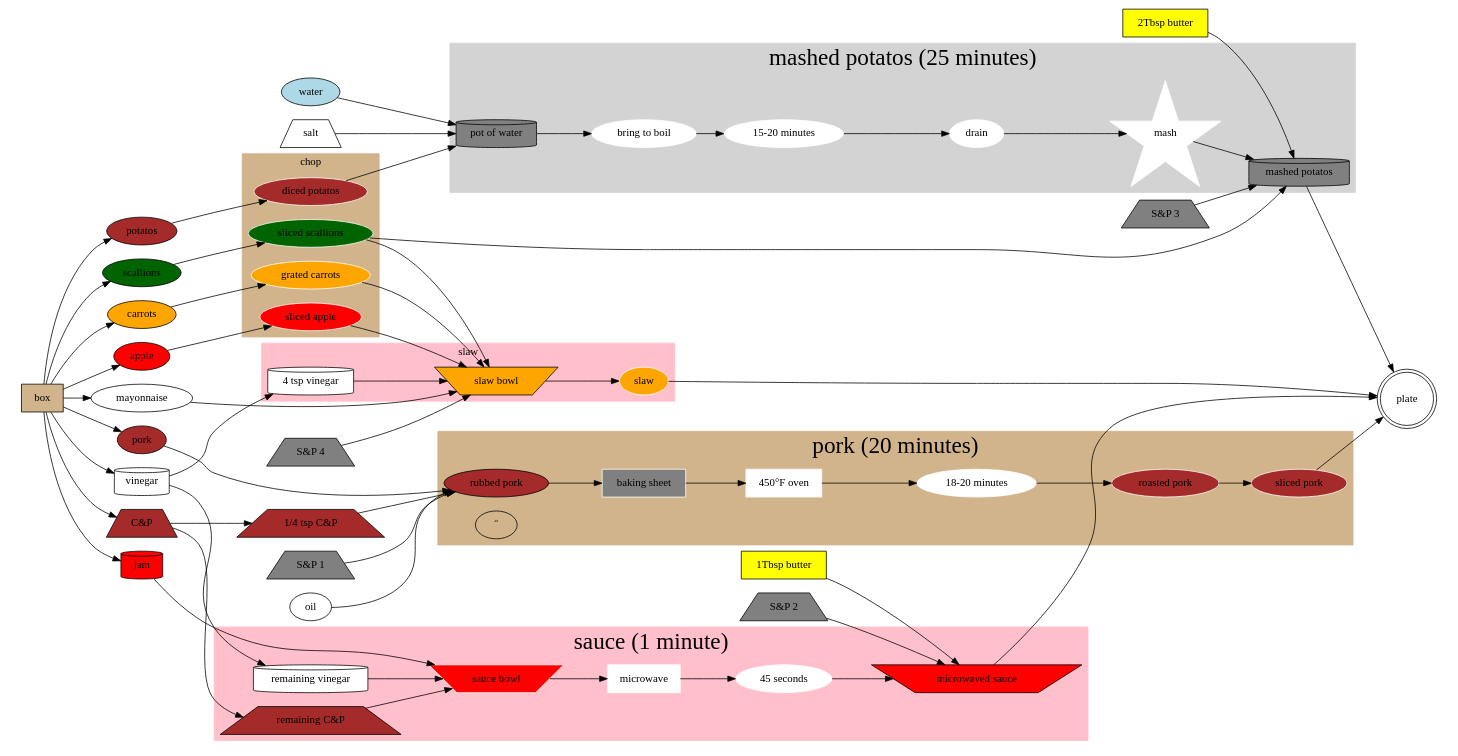
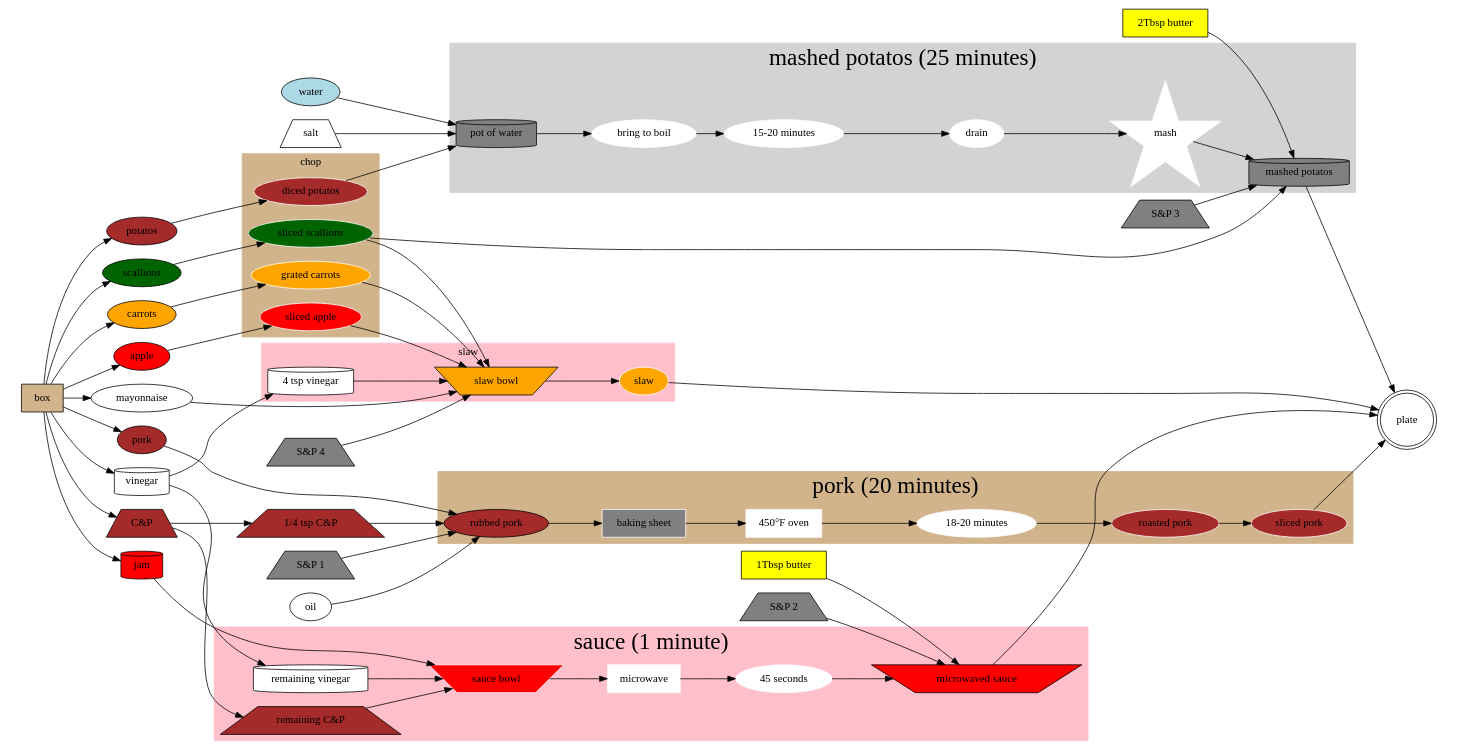
The diagram in recipe.dot (curtcox/practical-graphviz), drawn with Graphviz before and after one commit. The commit also changed 5 other files, not shown here.

Commit message:
New graphs.

```diff
--- a/recipe.dot
+++ b/recipe.dot
@@ -1,143 +1,142 @@
 digraph G {
 
 rankdir=LR
 
 subgraph cluster_6 {
   label = "unbox"
   style="invis"
   box -> potatos
   box -> scallions
   box -> carrots
   box -> apple
   box -> pork
   box -> "C&P"
   box -> jam
   box -> mayonnaise
   box -> vinegar
 }
-
 
 "S&P 1" -> "rubbed pork"
 "S&P 3" -> "mashed potatos"
 "S&P 4" -> "slaw bowl"
 "S&P 2" -> "microwaved sauce"
 
 "C&P" -> "1/4 tsp C&P"
 "C&P" -> "remaining C&P"
 vinegar -> "4 tsp vinegar"
 vinegar -> "remaining vinegar"
 "1/4 tsp C&P" -> "rubbed pork"
 pork -> "rubbed pork"
 oil -> "rubbed pork"
 
 mayonnaise -> "slaw bowl"
 
 water -> "pot of water"
 salt -> "pot of water"
 
 "2Tbsp butter" -> "mashed potatos"
 "1Tbsp butter" -> "microwaved sauce"
 
 subgraph cluster_5 {
   label = "chop"
   style=filled
   color=tan
   node [style=filled,color=white]
   scallions -> "sliced scallions"
   carrots -> "grated carrots"
   apple -> "sliced apple"
   potatos -> "diced potatos"
 }
 
-subgraph cluster_0 {˝
+subgraph cluster_0 {
   label = "pork (20 minutes)"
   style=filled
   color=tan
   fontsize=30
   node [style=filled,color=white]
   "rubbed pork" -> "baking sheet" -> "450°F oven" -> "18-20 minutes" -> "roasted pork" -> "sliced pork"
 }
 
 subgraph cluster_1 {
   label = "slaw"
   style=filled
   color=pink
   node [style=filled,color=white]
   "sliced apple" -> "slaw bowl"
   "sliced scallions" -> "slaw bowl"
   "grated carrots" -> "slaw bowl"
   "4 tsp vinegar" -> "slaw bowl"
   "slaw bowl" -> slaw
 }
 
 subgraph cluster_2 {
   label = "mashed potatos (25 minutes)"
   style=filled
   color=lightgray
   fontsize=30
   node [style=filled,color=white]
   "diced potatos" ->"pot of water" -> "bring to boil" -> "15-20 minutes" -> drain -> mash -> "mashed potatos"
   "sliced scallions" -> "mashed potatos"
 }
 
 subgraph cluster_3 {
   label = "sauce (1 minute)"
   style=filled
   color=pink
   fontsize=30
   node [style=filled,color=white]
   "remaining vinegar" -> "sauce bowl"
   "remaining C&P"-> "sauce bowl"
   jam -> "sauce bowl" -> microwave -> "45 seconds" -> "microwaved sauce"
 }
 
 subgraph cluster_4 {
   style=invis
   "mashed potatos" -> plate
   "microwaved sauce" -> plate
   "sliced pork" -> plate
   slaw -> plate
 }
 
 
 apple [style=filled fillcolor=red]
 "sliced apple" [style=filled fillcolor=red]
 box [shape=box style=filled fillcolor=tan]
 "450°F oven" [shape=box]
 microwave [shape=box]
 mash [shape=star]
 "baking sheet" [shape=box style=filled fillcolor=gray]
 plate [shape=doublecircle]
 "pot of water" [shape=cylinder style=filled fillcolor=gray]
 "mashed potatos" [shape=cylinder style=filled fillcolor=gray]
 "slaw bowl" [shape=invtrapezium style=filled fillcolor=orange]
 "sauce bowl" [shape=invtrapezium style=filled fillcolor=red]
 "microwaved sauce" [shape=invtrapezium style=filled fillcolor=red]
 scallions [style=filled fillcolor=darkgreen]
 "sliced scallions" [style=filled fillcolor=darkgreen]
 carrots [style=filled fillcolor=orange]
 "grated carrots" [style=filled fillcolor=orange]
 "slaw" [style=filled fillcolor=orange]
 "1Tbsp butter" [shape=box style=filled fillcolor=yellow]
 "2Tbsp butter" [shape=box style=filled fillcolor=yellow]
 pork [style=filled fillcolor=brown]
 "rubbed pork" [style=filled fillcolor=brown]
 "roasted pork" [style=filled fillcolor=brown]
 "sliced pork" [style=filled fillcolor=brown]
 potatos [style=filled fillcolor=brown]
 "diced potatos" [style=filled fillcolor=brown]
 water [style=filled fillcolor=lightblue]
 jam [shape=cylinder style=filled fillcolor=red]
 vinegar [shape=cylinder]
 "4 tsp vinegar" [shape=cylinder style=filled fillcolor=white]
 "remaining vinegar" [shape=cylinder style=filled fillcolor=white]
 "C&P" [style=filled shape=trapezium fillcolor=brown]
 "remaining C&P" [style=filled shape=trapezium fillcolor=brown]
 "1/4 tsp C&P" [style=filled shape=trapezium fillcolor=brown]
 "S&P 1" [shape=trapezium style=filled fillcolor=gray]
 "S&P 2" [shape=trapezium style=filled fillcolor=gray]
 "S&P 3" [shape=trapezium style=filled fillcolor=gray]
 "S&P 4" [shape=trapezium style=filled fillcolor=gray]
 salt [shape=trapezium]
 
 }
```
